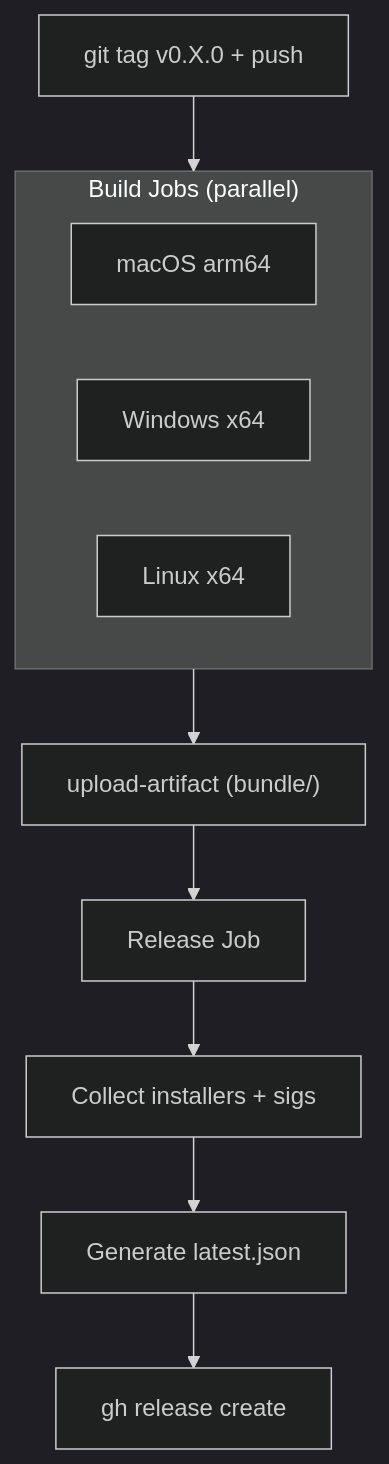
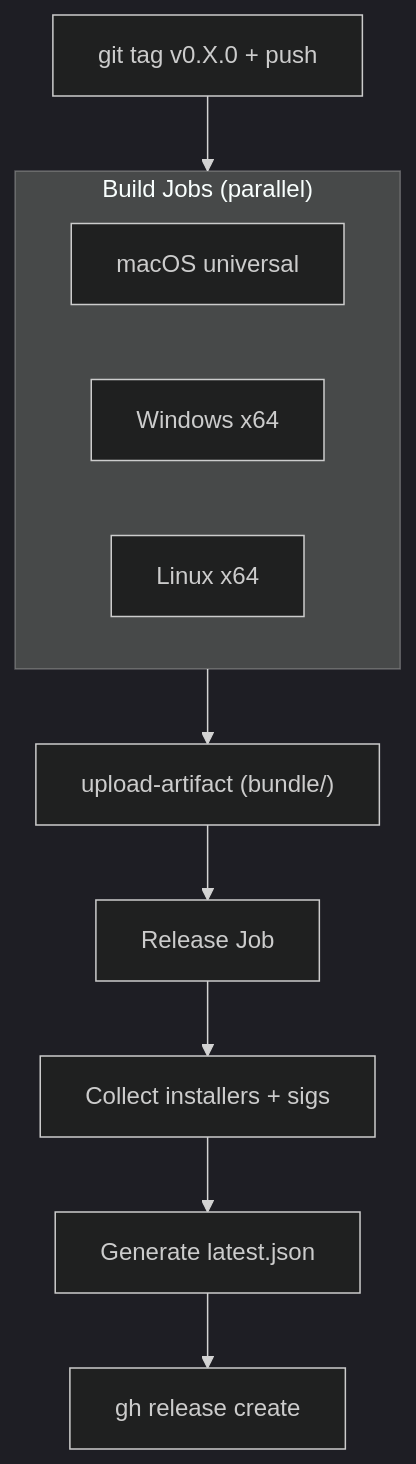
One commit to kael-wanderer/kaelio changed the diagram in docs/07-release-pipeline.md. Above: the diagram before and after it, drawn with Mermaid (dark theme). The commit also changed other lines of this file and 26 other files, not shown here.

````diff
--- a/docs/07-release-pipeline.md
+++ b/docs/07-release-pipeline.md
@@ -7,14 +7,14 @@
 ```mermaid
 flowchart TB
     Tag["git tag v0.X.0 + push"] --> Build
     subgraph Build["Build Jobs (parallel)"]
-        Mac[macOS arm64]
+        Mac[macOS universal]
         Win[Windows x64]
         Lin[Linux x64]
     end
     Build --> Upload["upload-artifact (bundle/)"]
     Upload --> Release["Release Job"]
     Release --> Collect["Collect installers + sigs"]
     Collect --> JSON["Generate latest.json"]
     JSON --> GH["gh release create"]
 ```
````
